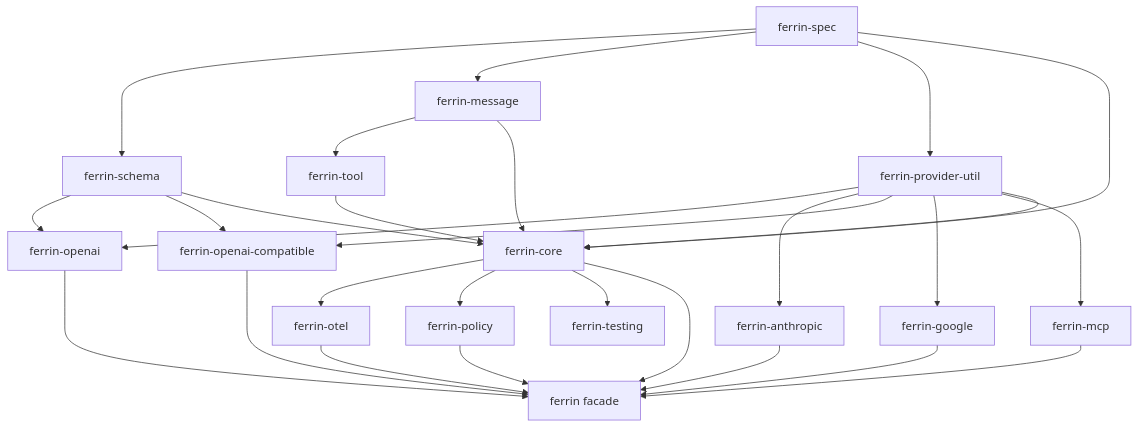
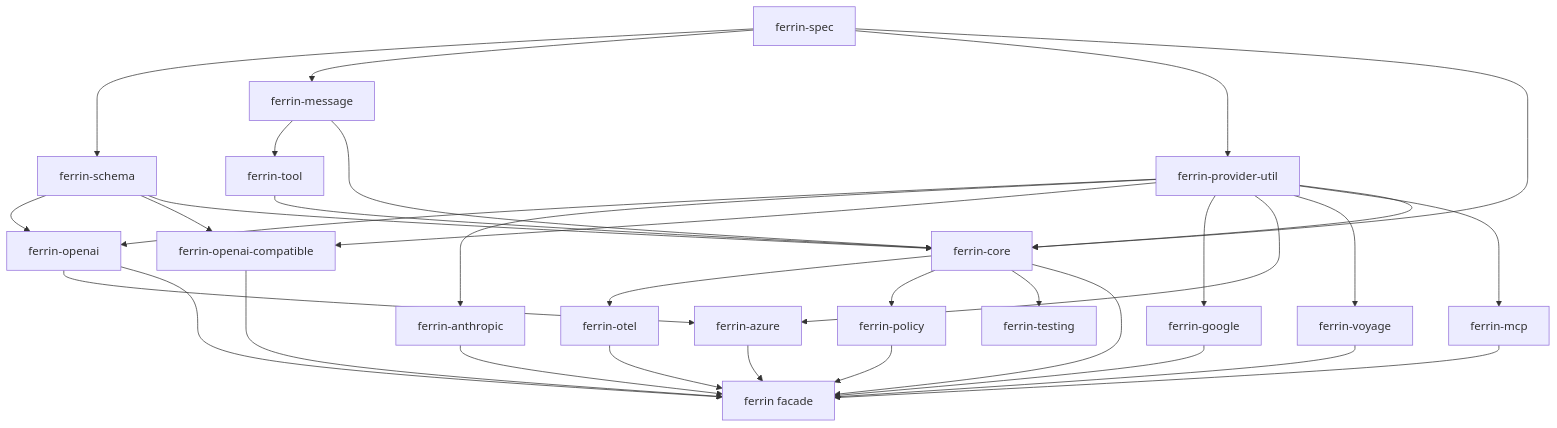
The diagram in docs/01-architecture/02-crates.md (f4tumnigrum/ferrin), drawn with Mermaid before and after one commit. The commit also changed other lines of this file and 56 other files, not shown here.

````diff
--- a/docs/01-architecture/02-crates.md
+++ b/docs/01-architecture/02-crates.md
@@ -35,30 +37,35 @@
 ```mermaid
 flowchart TD
     spec[ferrin-spec] --> schema[ferrin-schema]
     spec --> message[ferrin-message]
     message --> tool[ferrin-tool]
     spec --> util[ferrin-provider-util]
     util --> openai[ferrin-openai]
     util --> anthropic[ferrin-anthropic]
     util --> compatible[ferrin-openai-compatible]
     schema --> openai
     schema --> compatible
     util --> google[ferrin-google]
+    util --> azure[ferrin-azure]
+    openai --> azure
+    util --> voyage[ferrin-voyage]
     util --> mcp[ferrin-mcp]
     spec --> core[ferrin-core]
     schema --> core
     message --> core
     tool --> core
     util --> core
     core --> otel[ferrin-otel]
     core --> policy[ferrin-policy]
     core --> testing[ferrin-testing]
     core --> facade[ferrin facade]
     openai --> facade
     anthropic --> facade
     compatible --> facade
     google --> facade
+    azure --> facade
+    voyage --> facade
     mcp --> facade
     otel --> facade
     policy --> facade
 ```
````
